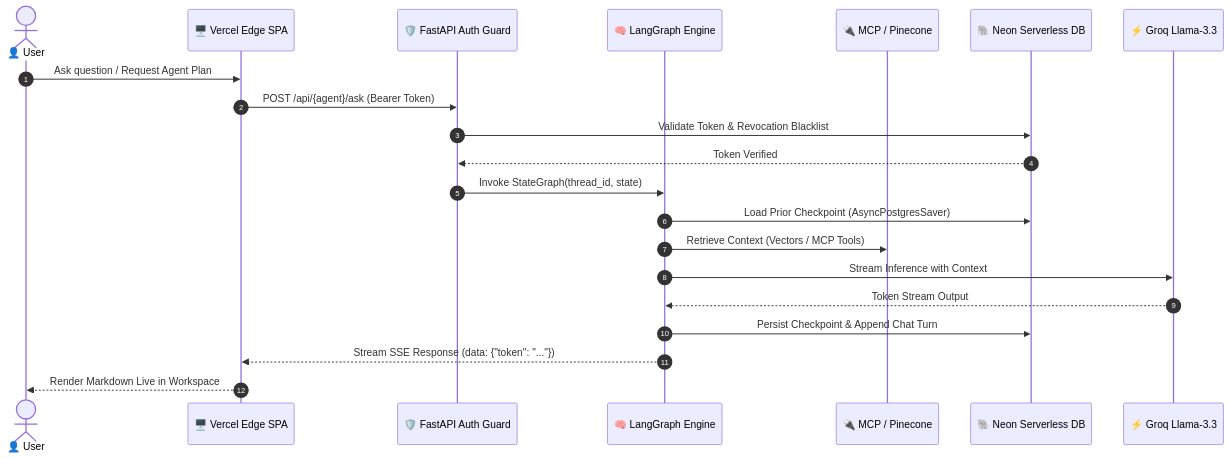
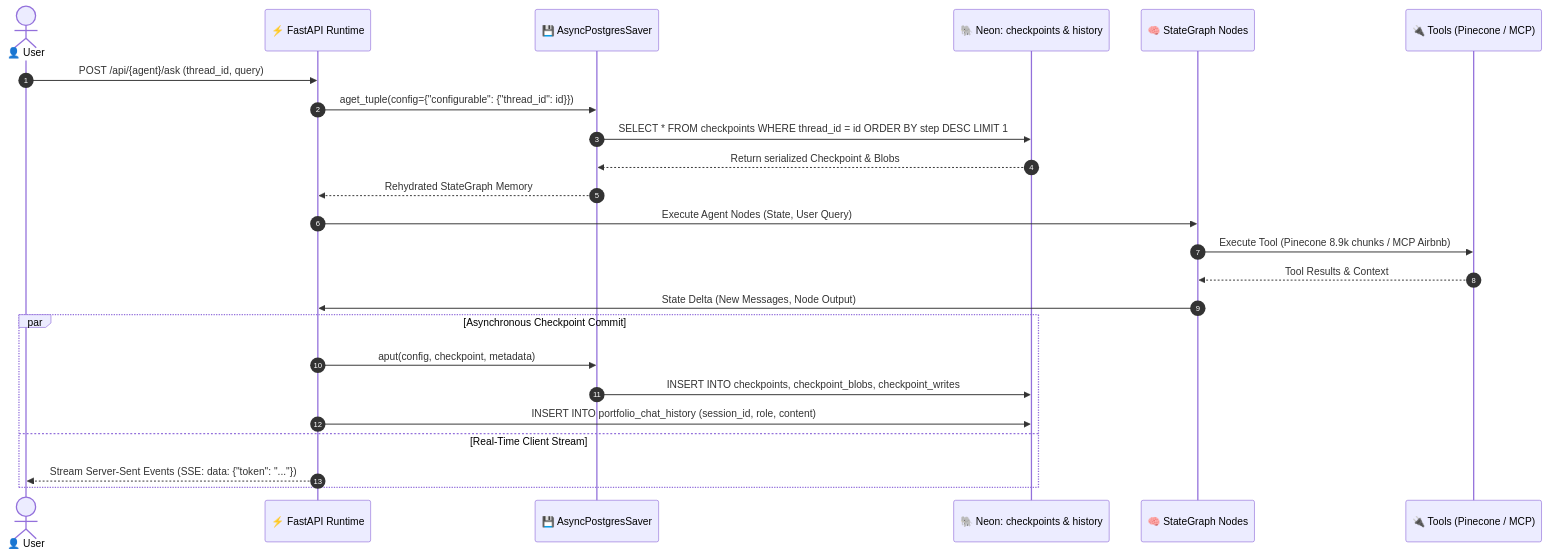
Before and after one commit to ambideXtrous9/portfolio-agent: the third of 4 diagrams in README.md, drawn with Mermaid. The commit also changed other lines of this file, not shown here.

Commit message:
docs(arch): enhance system architecture with skill-icons, Auth-Postgres interaction, and LangGraph checkpointing flows

````diff
--- a/README.md
+++ b/README.md
@@ -153,24 +176,29 @@
 ```mermaid
 sequenceDiagram
     autonumber
     actor User as 👤 User
-    participant FE as 🖥️ Vercel Edge SPA
-    participant Auth as 🛡️ FastAPI Auth Guard
-    participant Agent as 🧠 LangGraph Engine
-    participant MCP as 🔌 MCP / Pinecone
-    participant DB as 🐘 Neon Serverless DB
-    participant LLM as ⚡ Groq Llama-3.3
+    participant API as ⚡ FastAPI Runtime
+    participant Saver as 💾 AsyncPostgresSaver
+    participant NeonCKPT as 🐘 Neon: checkpoints & history
+    participant Graph as 🧠 StateGraph Nodes
+    participant Tool as 🔌 Tools (Pinecone / MCP)
 
-    User->>FE: Ask question / Request Agent Plan
-    FE->>Auth: POST /api/{agent}/ask (Bearer Token)
-    Auth->>DB: Validate Token & Revocation Blacklist
-    DB-->>Auth: Token Verified
-    Auth->>Agent: Invoke StateGraph(thread_id, state)
-    Agent->>DB: Load Prior Checkpoint (AsyncPostgresSaver)
-    Agent->>MCP: Retrieve Context (Vectors / MCP Tools)
-    Agent->>LLM: Stream Inference with Context
-    LLM-->>Agent: Token Stream Output
-    Agent->>DB: Persist Checkpoint & Append Chat Turn
-    Agent-->>FE: Stream SSE Response (data: {"token": "..."})
-    FE-->>User: Render Markdown Live in Workspace
+    User->>API: POST /api/{agent}/ask (thread_id, query)
+    API->>Saver: aget_tuple(config={"configurable": {"thread_id": id}})
+    Saver->>NeonCKPT: SELECT * FROM checkpoints WHERE thread_id = id ORDER BY step DESC LIMIT 1
+    NeonCKPT-->>Saver: Return serialized Checkpoint & Blobs
+    Saver-->>API: Rehydrated StateGraph Memory
+    
+    API->>Graph: Execute Agent Nodes (State, User Query)
+    Graph->>Tool: Execute Tool (Pinecone 8.9k chunks / MCP Airbnb)
+    Tool-->>Graph: Tool Results & Context
+    Graph->>API: State Delta (New Messages, Node Output)
+
+    par Asynchronous Checkpoint Commit
+        API->>Saver: aput(config, checkpoint, metadata)
+        Saver->>NeonCKPT: INSERT INTO checkpoints, checkpoint_blobs, checkpoint_writes
+        API->>NeonCKPT: INSERT INTO portfolio_chat_history (session_id, role, content)
+    and Real-Time Client Stream
+        API-->>User: Stream Server-Sent Events (SSE: data: {"token": "..."})
+    end
 ```
````
